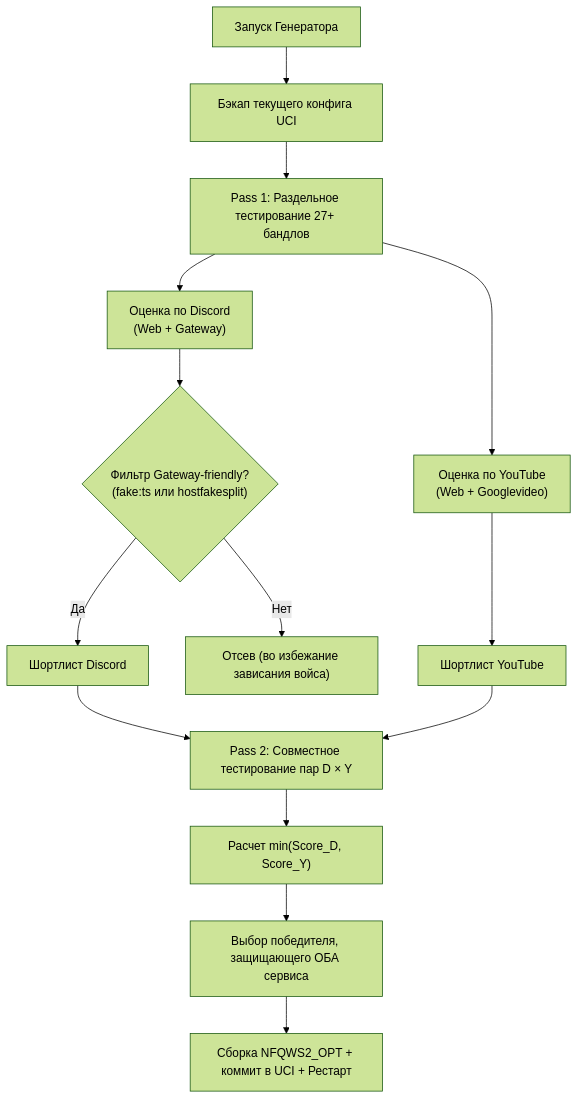
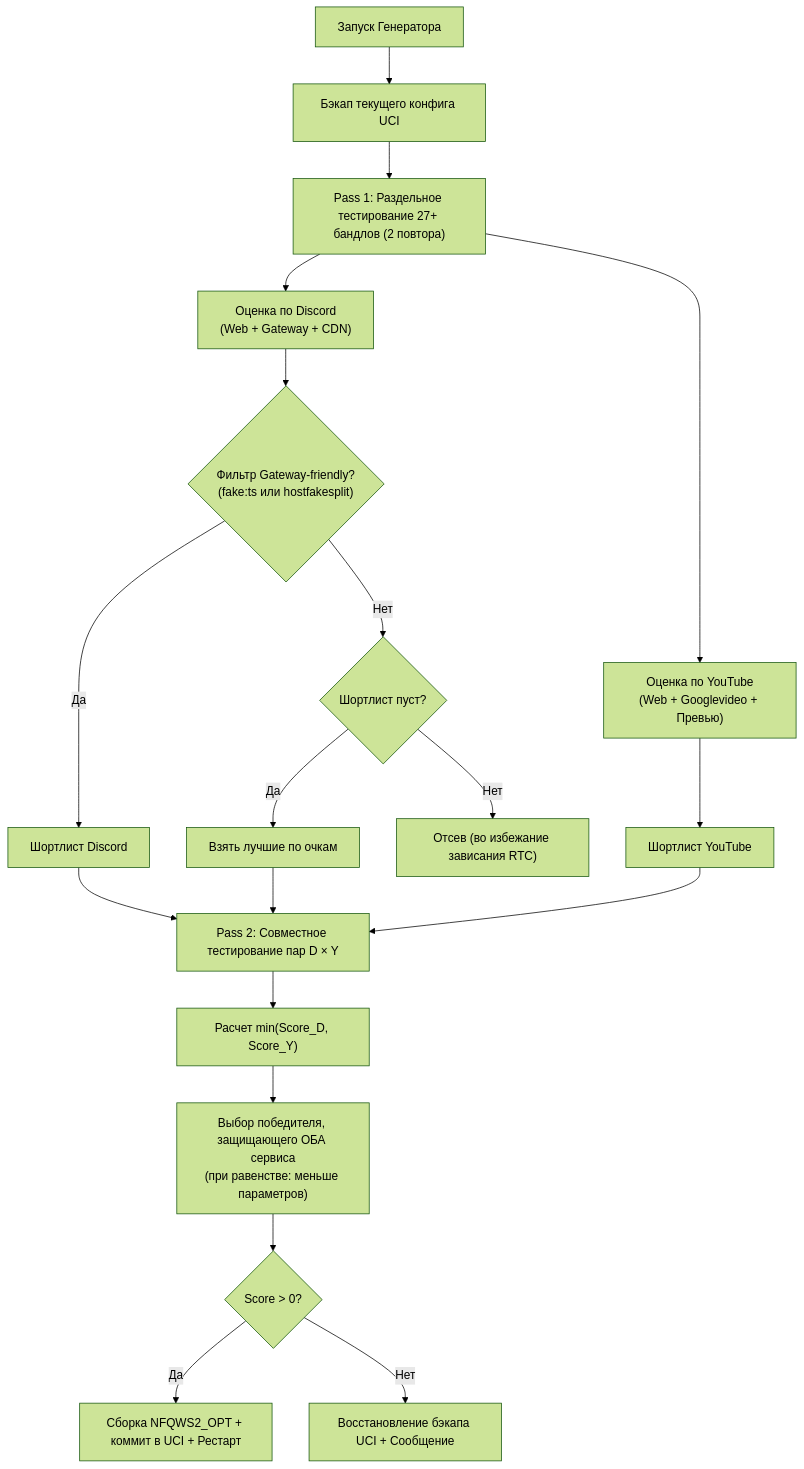
One commit to Floorys/Z2-Manager changed the diagram in README.md. Above: the diagram before and after it, drawn with Mermaid (forest theme). The commit also changed other lines of this file and 20 other files, not shown here.

````diff
--- a/README.md
+++ b/README.md
@@ -112,20 +122,25 @@
 ```mermaid
 flowchart TD
     Start["Запуск Генератора"] --> Backup["Бэкап текущего конфига UCI"]
-    Backup --> Pass1["Pass 1: Раздельное тестирование 27+ бандлов"]
-    Pass1 --> ScoreD["Оценка по Discord<br>(Web + Gateway)"]
-    Pass1 --> ScoreY["Оценка по YouTube<br>(Web + Googlevideo)"]
+    Backup --> Pass1["Pass 1: Раздельное тестирование 27+ бандлов (2 повтора)"]
+    Pass1 --> ScoreD["Оценка по Discord<br>(Web + Gateway + CDN)"]
+    Pass1 --> ScoreY["Оценка по YouTube<br>(Web + Googlevideo + Превью)"]
     
     ScoreD --> FilterGW{"Фильтр Gateway-friendly?<br>(fake:ts или hostfakesplit)"}
     FilterGW -- Да --> ShortD["Шортлист Discord"]
-    FilterGW -- Нет --> Drop["Отсев (во избежание зависания войса)"]
+    FilterGW -- Нет --> Fallback{"Шортлист пуст?"}
+    Fallback -- Да --> TopD["Взять лучшие по очкам"]
+    Fallback -- Нет --> Drop["Отсев (во избежание зависания RTC)"]
     
     ScoreY --> ShortY["Шортлист YouTube"]
     
     ShortD --> Pass2["Pass 2: Совместное тестирование пар D × Y"]
+    TopD --> Pass2
     ShortY --> Pass2
     
     Pass2 --> CalcJoint["Расчет min(Score_D, Score_Y)"]
-    CalcJoint --> Best["Выбор победителя, защищающего ОБА сервиса"]
-    Best --> Apply["Сборка NFQWS2_OPT + коммит в UCI + Рестарт"]
+    CalcJoint --> Best["Выбор победителя, защищающего ОБА сервиса<br>(при равенстве: меньше параметров)"]
+    Best --> CheckThresh{"Score > 0?"}
+    CheckThresh -- Да --> Apply["Сборка NFQWS2_OPT + коммит в UCI + Рестарт"]
+    CheckThresh -- Нет --> Restore["Восстановление бэкапа UCI + Сообщение"]
 ```
````
